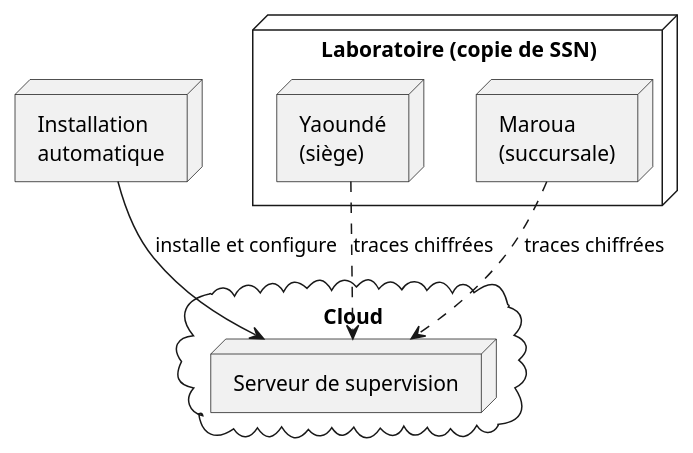
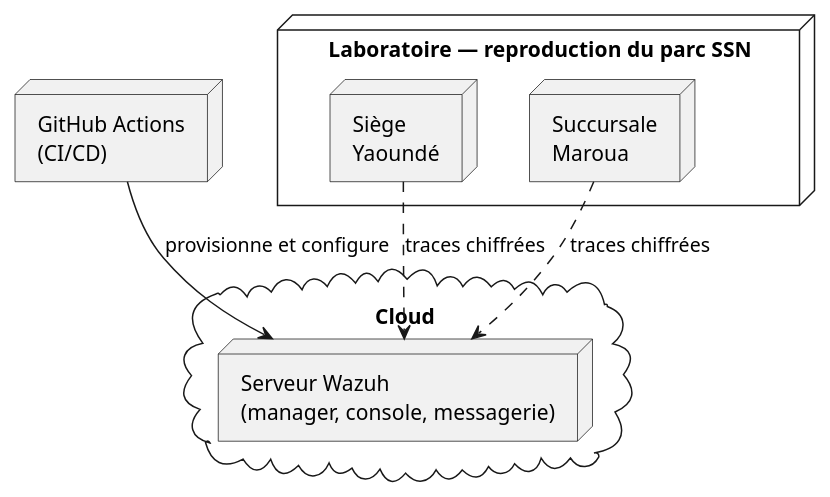
The fourth of 4 diagrams in rapport/chapitre-3.md (nklorenzo/wazuh-cloud-deployment-pipeline), drawn with PlantUML before and after one commit. The commit also changed other lines of this file, not shown here.

````diff
--- a/rapport/chapitre-3.md
+++ b/rapport/chapitre-3.md
@@ -236,15 +226,15 @@
 ```plantuml
 @startuml
-node "Installation\nautomatique" as CI
+node "GitHub Actions\n(CI/CD)" as CI
 cloud "Cloud" {
-  node "Serveur de supervision" as SRV
+  node "Serveur Wazuh\n(manager, console, messagerie)" as SRV
 }
-node "Laboratoire (copie de SSN)" {
-  node "Yaoundé\n(siège)" as YDE
-  node "Maroua\n(succursale)" as MRA
+node "Laboratoire — reproduction du parc SSN" {
+  node "Siège\nYaoundé" as YDE
+  node "Succursale\nMaroua" as MRA
 }
-CI --> SRV : installe et configure
+CI --> SRV : provisionne et configure
 YDE ..> SRV : traces chiffrées
 MRA ..> SRV : traces chiffrées
 @enduml
 ```
````
